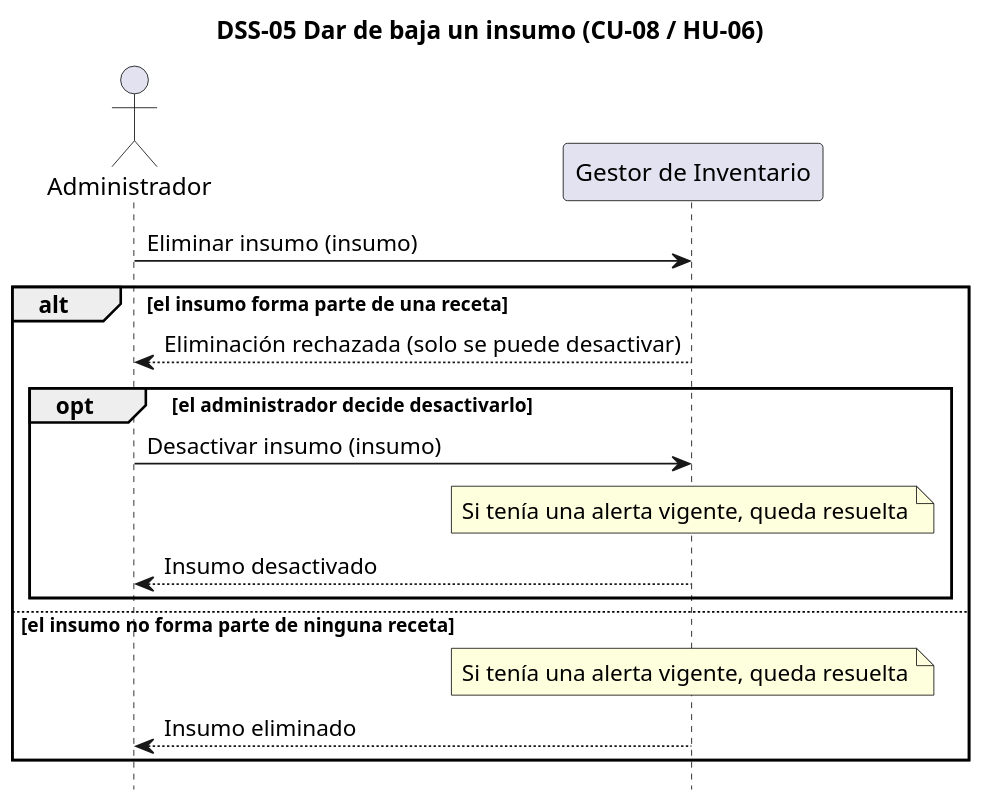
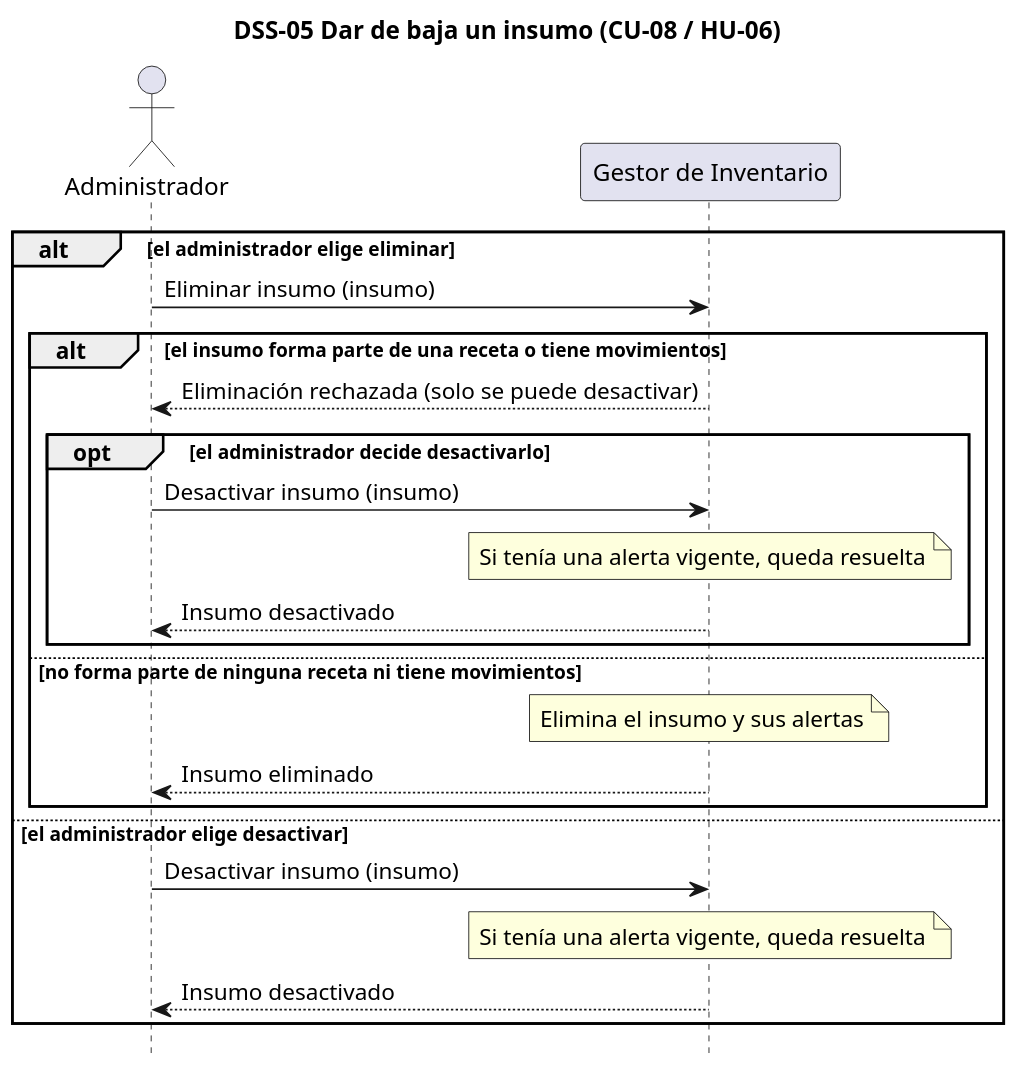
Before and after one commit to lambtto/Gestor-Inventario-Brookie: the diagram in diagramas/dss-05.puml, drawn with PlantUML. The commit also changed 21 other files, not shown here.

First line of the commit message:
Correcciones de coherencia entre artefactos y diagramas

```diff
--- a/diagramas/dss-05.puml
+++ b/diagramas/dss-05.puml
@@ -1,20 +1,26 @@
 @startuml dss-05
 title DSS-05 Dar de baja un insumo (CU-08 / HU-06)
 skinparam dpi 140
 hide footbox
 actor Administrador as Adm
 participant "Gestor de Inventario" as G
 
-Adm -> G : Eliminar insumo (insumo)
-alt el insumo forma parte de una receta
-  G --> Adm : Eliminación rechazada (solo se puede desactivar)
-  opt el administrador decide desactivarlo
-    Adm -> G : Desactivar insumo (insumo)
-    note over G : Si tenía una alerta vigente, queda resuelta
-    G --> Adm : Insumo desactivado
+alt el administrador elige eliminar
+  Adm -> G : Eliminar insumo (insumo)
+  alt el insumo forma parte de una receta o tiene movimientos
+    G --> Adm : Eliminación rechazada (solo se puede desactivar)
+    opt el administrador decide desactivarlo
+      Adm -> G : Desactivar insumo (insumo)
+      note over G : Si tenía una alerta vigente, queda resuelta
+      G --> Adm : Insumo desactivado
+    end
+  else no forma parte de ninguna receta ni tiene movimientos
+    note over G : Elimina el insumo y sus alertas
+    G --> Adm : Insumo eliminado
   end
-else el insumo no forma parte de ninguna receta
+else el administrador elige desactivar
+  Adm -> G : Desactivar insumo (insumo)
   note over G : Si tenía una alerta vigente, queda resuelta
-  G --> Adm : Insumo eliminado
+  G --> Adm : Insumo desactivado
 end
 @enduml
```
